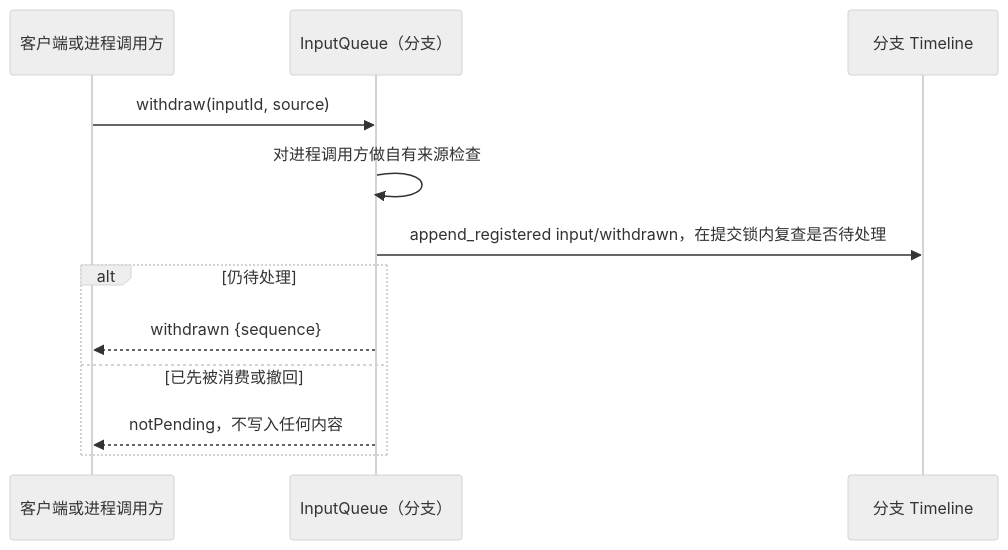
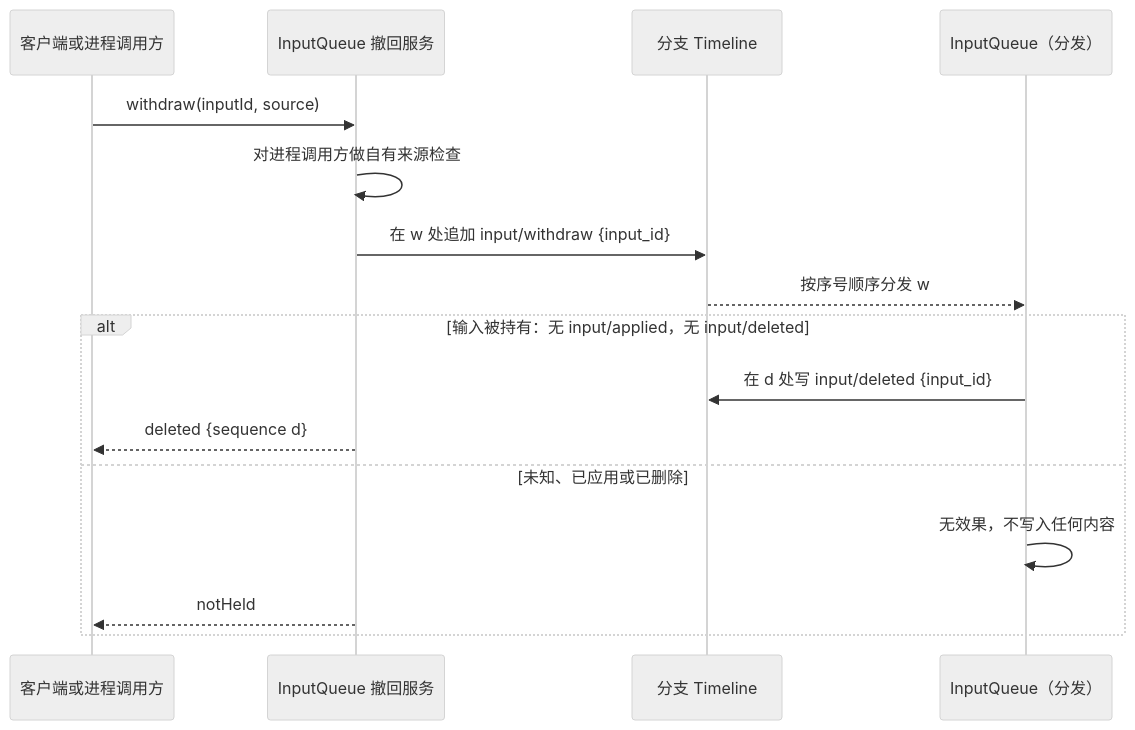
The third of 3 diagrams in docs/zh/design/contracts/session-access.md (CoutinhoTTS/dim-agent), drawn with Mermaid (neutral theme) before and after one commit. The commit also changed other lines of this file and 18 other files, not shown here.

````diff
--- a/docs/zh/design/contracts/session-access.md
+++ b/docs/zh/design/contracts/session-access.md
@@ -101,14 +101,18 @@
 ```mermaid
 sequenceDiagram
   participant C as 客户端或进程调用方
-  participant IQ as InputQueue（分支）
+  participant W as InputQueue 撤回服务
   participant TL as 分支 Timeline
-  C->>IQ: withdraw(inputId, source)
-  IQ->>IQ: 对进程调用方做自有来源检查
-  IQ->>TL: append_registered input/withdrawn，在提交锁内复查是否待处理
-  alt 仍待处理
-    IQ-->>C: withdrawn {sequence}
-  else 已先被消费或撤回
-    IQ-->>C: notPending，不写入任何内容
+  participant IQ as InputQueue（分发）
+  C->>W: withdraw(inputId, source)
+  W->>W: 对进程调用方做自有来源检查
+  W->>TL: 在 w 处追加 input/withdraw {input_id}
+  TL-->>IQ: 按序号顺序分发 w
+  alt 输入被持有：无 input/applied，无 input/deleted
+    IQ->>TL: 在 d 处写 input/deleted {input_id}
+    W-->>C: deleted {sequence d}
+  else 未知、已应用或已删除
+    IQ->>IQ: 无效果，不写入任何内容
+    W-->>C: notHeld
   end
 ```
````
